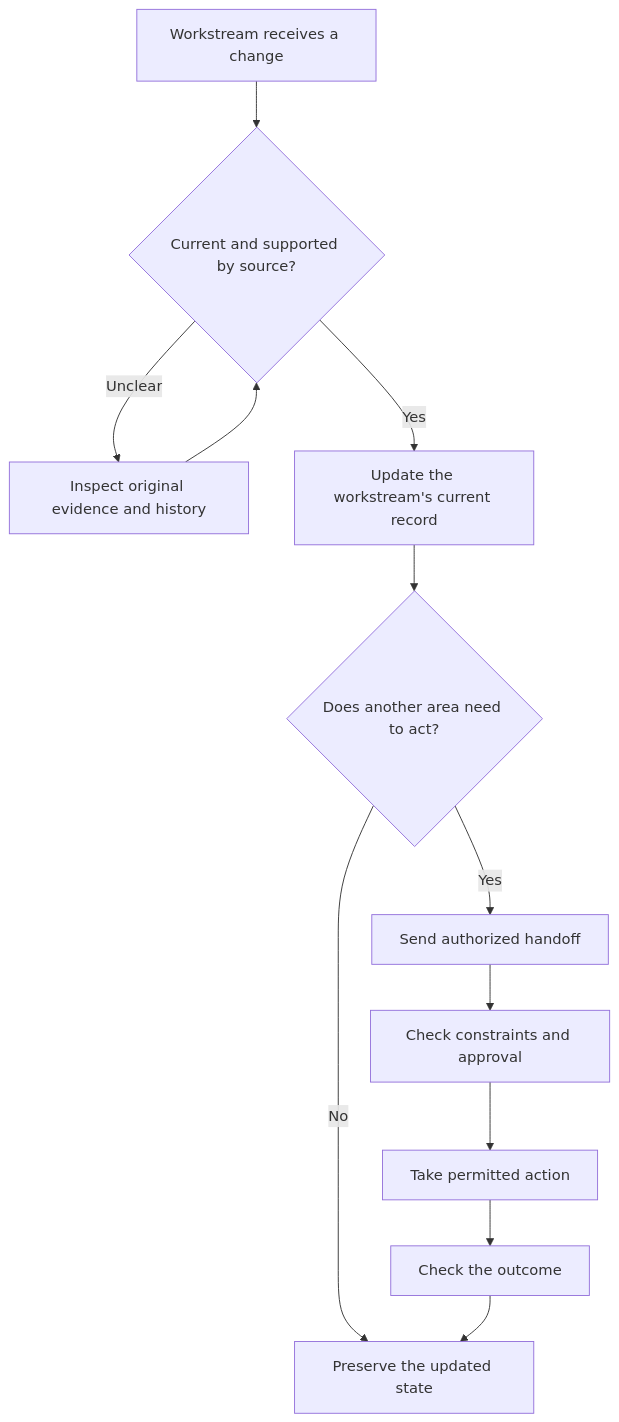
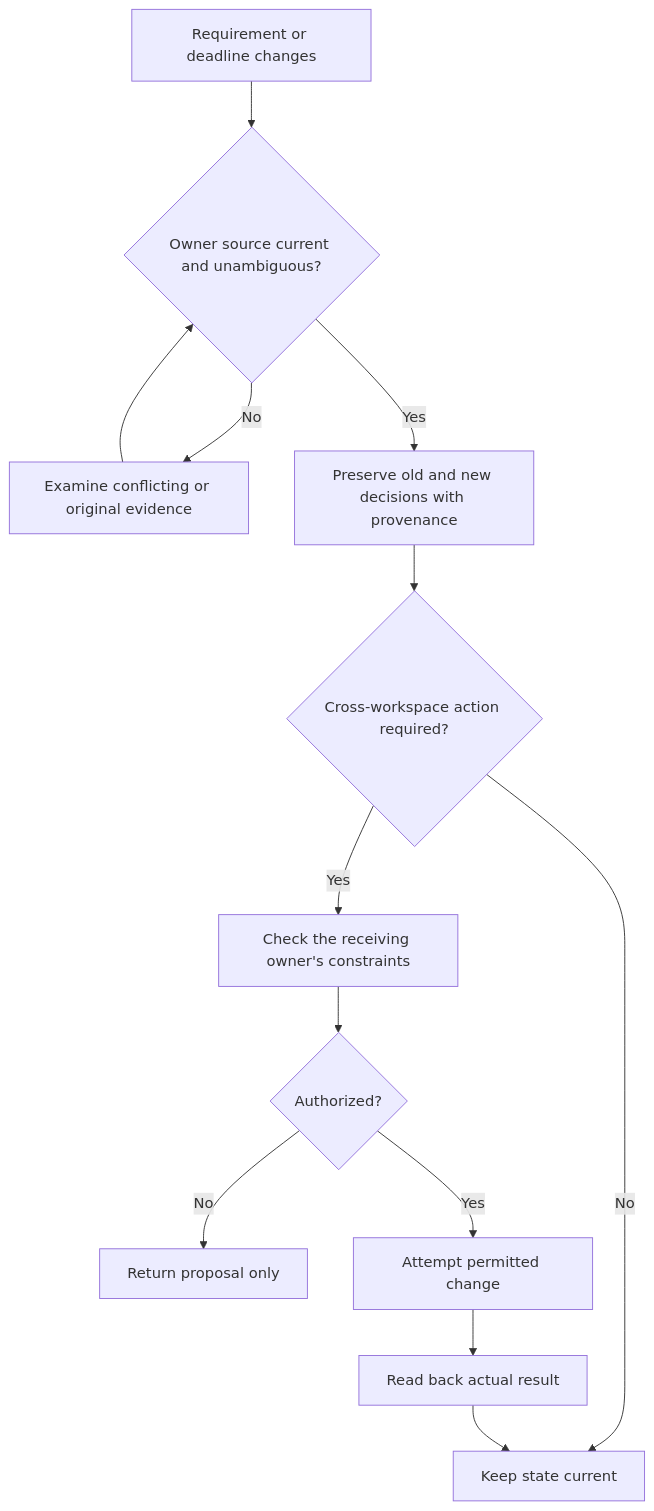
One commit to ubongbuzzz-dev/ai-operations-knowledge-management changed the diagram in docs/ARCHITECTURE.md. Above: the diagram before and after it, drawn with Mermaid. The commit also changed other lines of this file and 16 other files, not shown here.

````diff
--- a/docs/ARCHITECTURE.md
+++ b/docs/ARCHITECTURE.md
@@ -35,14 +17,15 @@
 ```mermaid
 flowchart TD
-    A[Workstream receives a change] --> B{Current and supported by source?}
-    B -->|Unclear| C[Inspect original evidence and history]
+    A[Requirement or deadline changes] --> B{Owner source current and unambiguous?}
+    B -->|No| C[Examine conflicting or original evidence]
     C --> B
-    B -->|Yes| D[Update the workstream's current record]
-    D --> E{Does another area need to act?}
-    E -->|No| F[Preserve the updated state]
-    E -->|Yes| G[Send authorized handoff]
-    G --> H[Check constraints and approval]
-    H --> I[Take permitted action]
-    I --> J[Check the outcome]
-    J --> F
+    B -->|Yes| D[Preserve old and new decisions with provenance]
+    D --> E{Cross-workspace action required?}
+    E -->|No| F[Keep state current]
+    E -->|Yes| G[Check the receiving owner's constraints]
+    G --> H{Authorized?}
+    H -->|No| I[Return proposal only]
+    H -->|Yes| J[Attempt permitted change]
+    J --> K[Read back actual result]
+    K --> F
 ```
````
